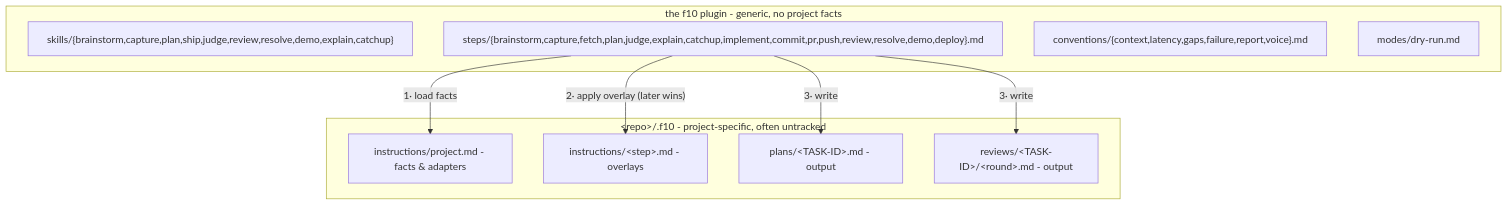
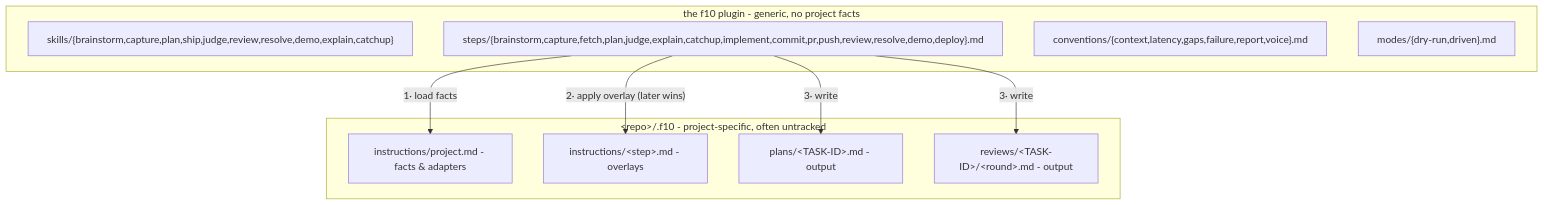
One commit to amberpixels/f10 changed the second of 2 diagrams in README.md. Above: the diagram before and after it, drawn with Mermaid. The commit also changed other lines of this file and 37 other files, not shown here.

````diff
--- a/README.md
+++ b/README.md
@@ -258,19 +220,19 @@
 ```mermaid
 flowchart TB
     subgraph plugin ["the f10 plugin - generic, no project facts"]
         skills2["skills/{brainstorm,capture,plan,ship,judge,review,resolve,demo,explain,catchup}"]
         gsteps["steps/{brainstorm,capture,fetch,plan,judge,explain,catchup,implement,commit,pr,push,review,resolve,demo,deploy}.md"]
         conv["conventions/{context,latency,gaps,failure,report,voice}.md"]
-        modes2["modes/dry-run.md"]
+        modes2["modes/{dry-run,driven}.md"]
     end
     subgraph repo ["&lt;repo&gt;/.f10 - project-specific, often untracked"]
         proj["instructions/project.md - facts & adapters"]
         over["instructions/&lt;step&gt;.md - overlays"]
         plans2["plans/&lt;TASK-ID&gt;.md - output"]
         reviews2["reviews/&lt;TASK-ID&gt;/&lt;round&gt;.md - output"]
     end
     gsteps -- "1· load facts" --> proj
     gsteps -- "2· apply overlay (later wins)" --> over
     gsteps -- "3· write" --> plans2
     gsteps -- "3· write" --> reviews2
 ```
````
